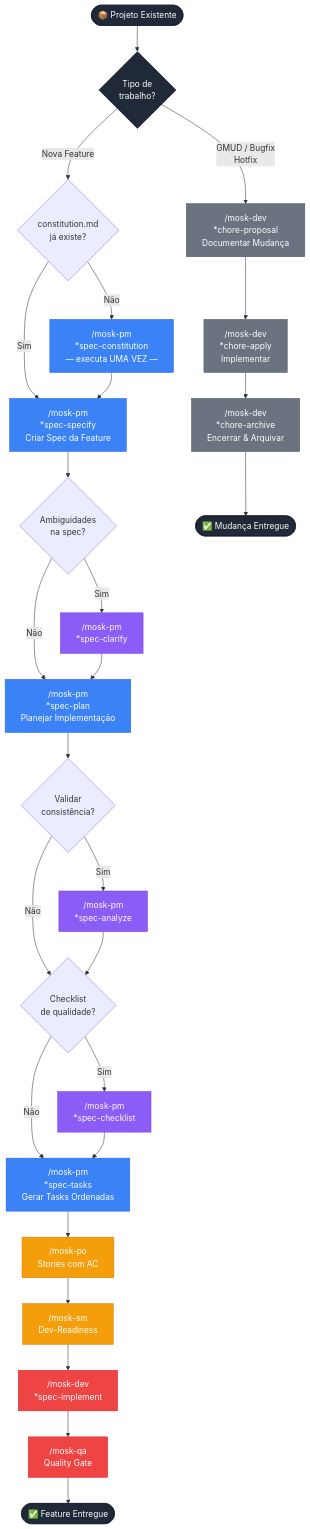
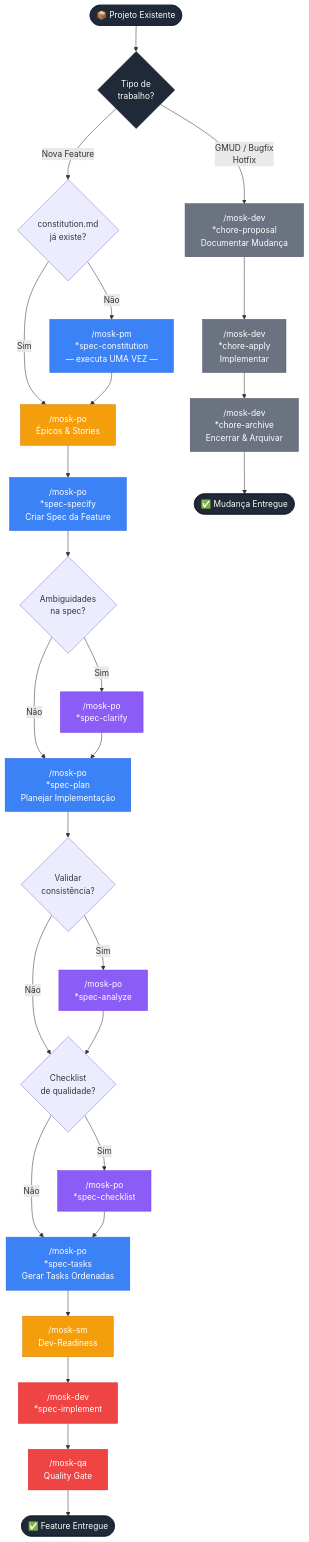
Before and after one commit to rogerznts/mosk: the second of 2 diagrams in README.md, drawn with Mermaid. The commit also changed other lines of this file and 3 other files, not shown here.

````diff
--- a/README.md
+++ b/README.md
@@ -183,73 +183,73 @@
 ```mermaid
 flowchart TD
     Start(["📦 Projeto Existente"]) --> WT{"Tipo de
     trabalho?"}
 
     WT -->|"Nova Feature"| CQ{"constitution.md
     já existe?"}
     CQ -->|Não| C["/mosk-pm
     *spec-constitution
     — executa UMA VEZ —"]
-    CQ -->|Sim| S
-    C --> S["/mosk-pm
+    CQ -->|Sim| PO
+    C --> PO["/mosk-po
+    Épicos & Stories"]
+    PO --> S["/mosk-po
     *spec-specify
     Criar Spec da Feature"]
 
     S --> AQ{"Ambiguidades
     na spec?"}
-    AQ -->|Sim| CL["/mosk-pm
+    AQ -->|Sim| CL["/mosk-po
     *spec-clarify"]
     AQ -->|Não| P
-    CL --> P["/mosk-pm
+    CL --> P["/mosk-po
     *spec-plan
     Planejar Implementação"]
     P --> VQ{"Validar
     consistência?"}
-    VQ -->|Sim| AN["/mosk-pm
+    VQ -->|Sim| AN["/mosk-po
     *spec-analyze"]
     VQ -->|Não| CHQ
     AN --> CHQ{"Checklist
     de qualidade?"}
-    CHQ -->|Sim| CH["/mosk-pm
+    CHQ -->|Sim| CH["/mosk-po
     *spec-checklist"]
     CHQ -->|Não| T
-    CH --> T["/mosk-pm
+    CH --> T["/mosk-po
     *spec-tasks
     Gerar Tasks Ordenadas"]
 
-    T --> PO["/mosk-po
-    Stories com AC"]
-    PO --> SM["/mosk-sm
+    T --> SM["/mosk-sm
     Dev-Readiness"]
     SM --> DI["/mosk-dev
     *spec-implement"]
     DI --> QA["/mosk-qa
     Quality Gate"]
     QA --> FD(["✅ Feature Entregue"])
 
     WT -->|"GMUD / Bugfix
     Hotfix"| PR["/mosk-dev
     *chore-proposal
     Documentar Mudança"]
     PR --> AP["/mosk-dev
     *chore-apply
     Implementar"]
     AP --> AR["/mosk-dev
     *chore-archive
     Encerrar & Arquivar"]
     AR --> CD(["✅ Mudança Entregue"])
 
     classDef speckit fill:#3b82f6,stroke:#2563eb,color:#fff
     classDef optional fill:#8b5cf6,stroke:#7c3aed,color:#fff
     classDef stories fill:#f59e0b,stroke:#d97706,color:#fff
     classDef impl fill:#ef4444,stroke:#dc2626,color:#fff
     classDef chore fill:#6b7280,stroke:#4b5563,color:#fff
     classDef endpoint fill:#1f2937,stroke:#111827,color:#fff
 
     class C,S,P,T speckit
     class CL,AN,CH optional
     class PO,SM stories
     class DI,QA impl
     class PR,AP,AR chore
     class Start,FD,CD,WT endpoint
 ```
````
